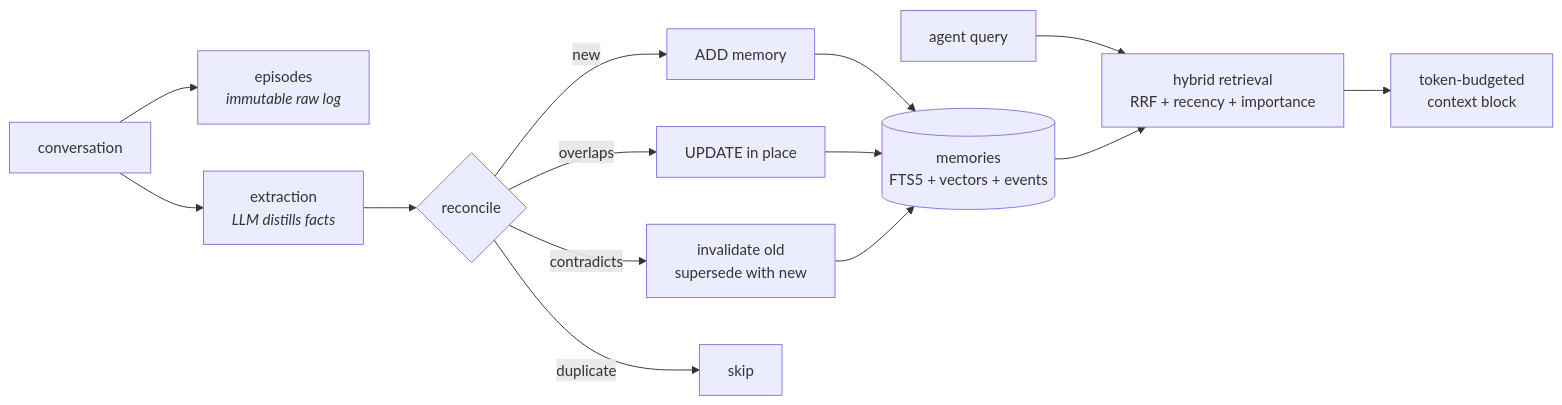
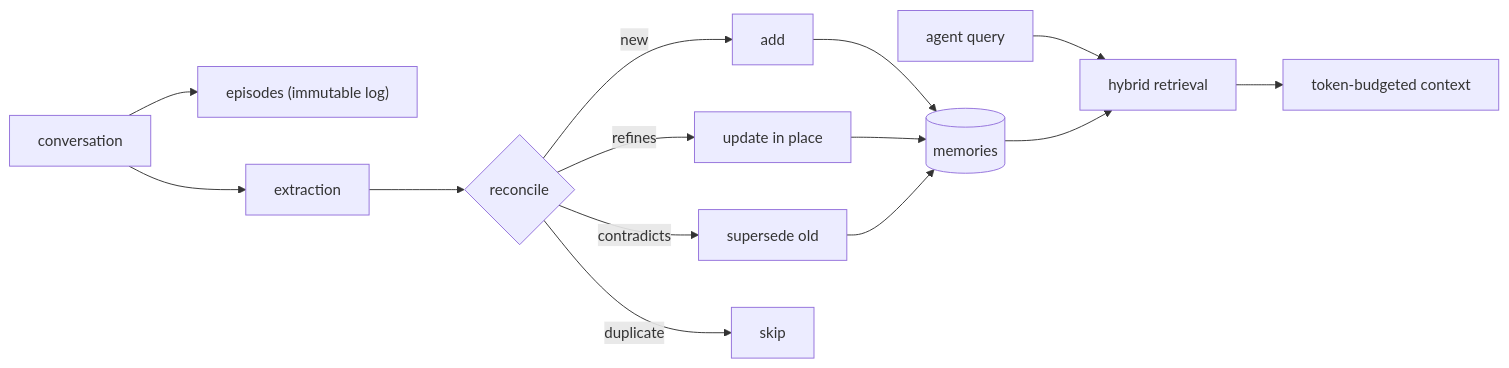
Before and after one commit to cosmin-novac/memry: the diagram in README.md, drawn with Mermaid. The commit also changed other lines of this file, not shown here.

Commit message:
Rewrite README: clearer positioning, fix mermaid rendering on GitHub

````diff
--- a/README.md
+++ b/README.md
@@ -131,13 +134,16 @@
 ```mermaid
 flowchart LR
-    A[conversation] --> E[episodes<br/><i>immutable raw log</i>]
-    A --> X[extraction<br/><i>LLM distills facts</i>]
+    A[conversation] --> E["episodes (immutable log)"]
+    A --> X[extraction]
     X --> R{reconcile}
-    R -- new --> ADD[ADD memory]
-    R -- overlaps --> UPD[UPDATE in place]
-    R -- contradicts --> SUP[invalidate old<br/>supersede with new]
-    R -- duplicate --> NONE[skip]
-    ADD & UPD & SUP --> M[(memories<br/>FTS5 + vectors + events)]
-    Q[agent query] --> H[hybrid retrieval<br/>RRF + recency + importance]
-    M --> H --> C[token-budgeted<br/>context block]
+    R -->|new| ADD[add]
+    R -->|refines| UPD[update in place]
+    R -->|contradicts| SUP[supersede old]
+    R -->|duplicate| SKIP[skip]
+    ADD --> M[(memories)]
+    UPD --> M
+    SUP --> M
+    Q[agent query] --> H[hybrid retrieval]
+    M --> H
+    H --> C[token-budgeted context]
 ```
````
